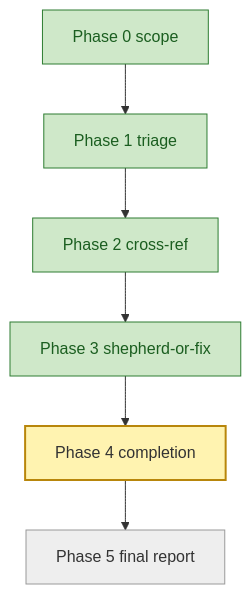
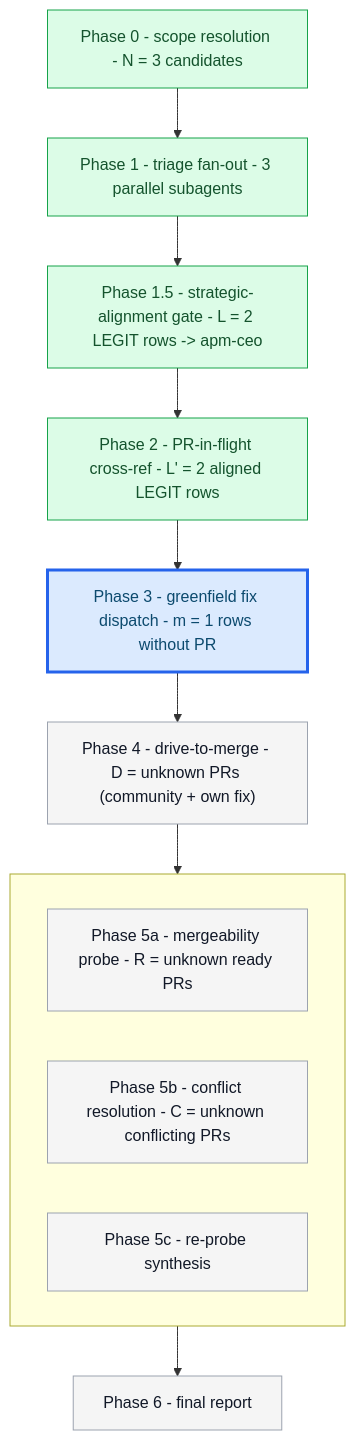
Before and after one commit to microsoft/apm: the fifth of 8 diagrams in packages/batch-bug-shepherd/.apm/skills/batch-bug-shepherd/evals/fixtures/three-issues-mixed.with_skill.md, drawn with Mermaid. The commit also changed other lines of this file and 112 other files, not shown here.

````diff
--- a/packages/batch-bug-shepherd/.apm/skills/batch-bug-shepherd/evals/fixtures/three-issues-mixed.with_skill.md
+++ b/packages/batch-bug-shepherd/.apm/skills/batch-bug-shepherd/evals/fixtures/three-issues-mixed.with_skill.md
@@ -140,15 +191,26 @@
 ```mermaid
 flowchart TB
-    P0[Phase 0 scope]:::done
-    P1[Phase 1 triage]:::done
-    P2[Phase 2 cross-ref]:::done
-    P3[Phase 3 shepherd-or-fix]:::done
-    P4[Phase 4 completion]:::active
-    P5[Phase 5 final report]:::pending
-    P0 --> P1 --> P2 --> P3 --> P4 --> P5
-    classDef pending fill:#eee,stroke:#999,color:#333
-    classDef active  fill:#fff3b0,stroke:#b8860b,color:#333,stroke-width:2px
-    classDef done    fill:#cfe8c9,stroke:#2e7d32,color:#1b5e20
-    classDef blocked fill:#f8c7c7,stroke:#b71c1c,color:#7f0000
-    classDef skipped fill:#f0f0f0,stroke:#bbb,color:#888,stroke-dasharray:3 3
+    P0["Phase 0 - scope resolution - N = 3 candidates"]:::done
+    P1["Phase 1 - triage fan-out - 3 parallel subagents"]:::done
+    P15["Phase 1.5 - strategic-alignment gate - L = 2 LEGIT rows -> apm-ceo"]:::done
+    P2["Phase 2 - PR-in-flight cross-ref - L' = 2 aligned LEGIT rows"]:::done
+    P3["Phase 3 - greenfield fix dispatch - m = 1 rows without PR"]:::active
+    P4["Phase 4 - drive-to-merge - D = unknown PRs (community + own fix)"]:::pending
+
+    subgraph WAVE4[" "]
+        direction LR
+        P5a["Phase 5a - mergeability probe - R = unknown ready PRs"]:::pending
+        P5b["Phase 5b - conflict resolution - C = unknown conflicting PRs"]:::pending
+        P5c["Phase 5c - re-probe synthesis"]:::pending
+    end
+
+    P6["Phase 6 - final report"]:::pending
+
+    P0 --> P1 --> P15 --> P2 --> P3 --> P4 --> WAVE4 --> P6
+
+    classDef pending fill:#f5f5f5,stroke:#9ca3af,stroke-width:1px,color:#111827
+    classDef active  fill:#dbeafe,stroke:#2563eb,stroke-width:3px,color:#0c4a6e
+    classDef done    fill:#dcfce7,stroke:#16a34a,stroke-width:1px,color:#14532d
+    classDef blocked fill:#fef3c7,stroke:#d97706,stroke-width:2px,color:#78350f
+    classDef skipped fill:#f3f4f6,stroke:#6b7280,stroke-width:1px,stroke-dasharray:4 2,color:#374151
 ```
````
